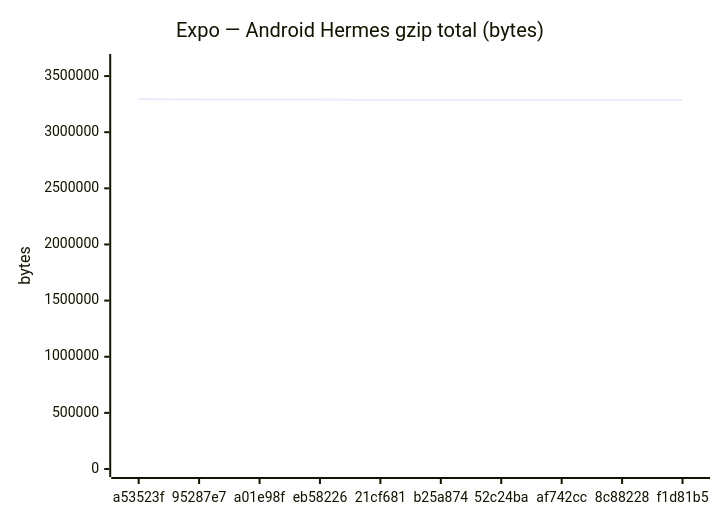
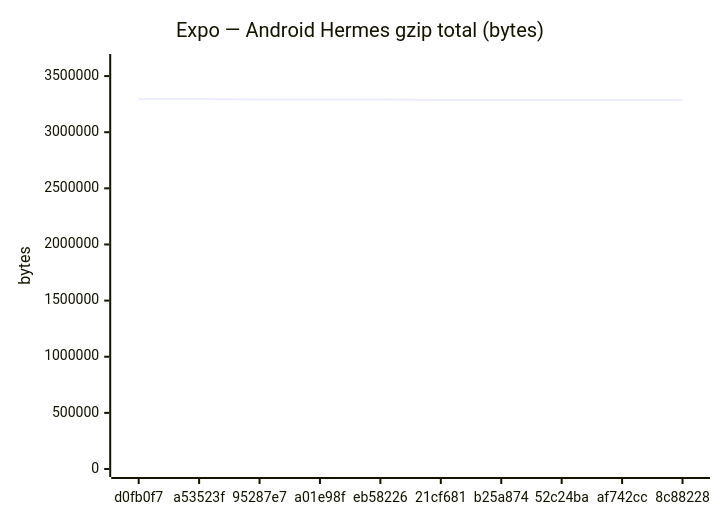
Before and after one commit to Metaheurist/Rianell: the fifth of 18 diagrams in benchmarks/compare.md, drawn with Mermaid. The commit also changed other lines of this file and 11 other files, not shown here.

````diff
--- a/benchmarks/compare.md
+++ b/benchmarks/compare.md
@@ -89,7 +89,7 @@
 ```mermaid
 xychart-beta
     title "Expo — Android Hermes gzip total (bytes)"
-    x-axis ["a53523f", "95287e7", "a01e98f", "eb58226", "21cf681", "b25a874", "52c24ba", "af742cc", "8c88228", "f1d81b5"]
-    y-axis "bytes" 0 --> 3625333
-    line [3295757, 3291461, 3291455, 3291464, 3287427, 3287424, 3287423, 3287424, 3287869, 3287424]
+    x-axis ["d0fb0f7", "a53523f", "95287e7", "a01e98f", "eb58226", "21cf681", "b25a874", "52c24ba", "af742cc", "8c88228"]
+    y-axis "bytes" 0 --> 3625334
+    line [3295758, 3295757, 3291461, 3291455, 3291464, 3287427, 3287424, 3287423, 3287424, 3287869]
 ```
````
